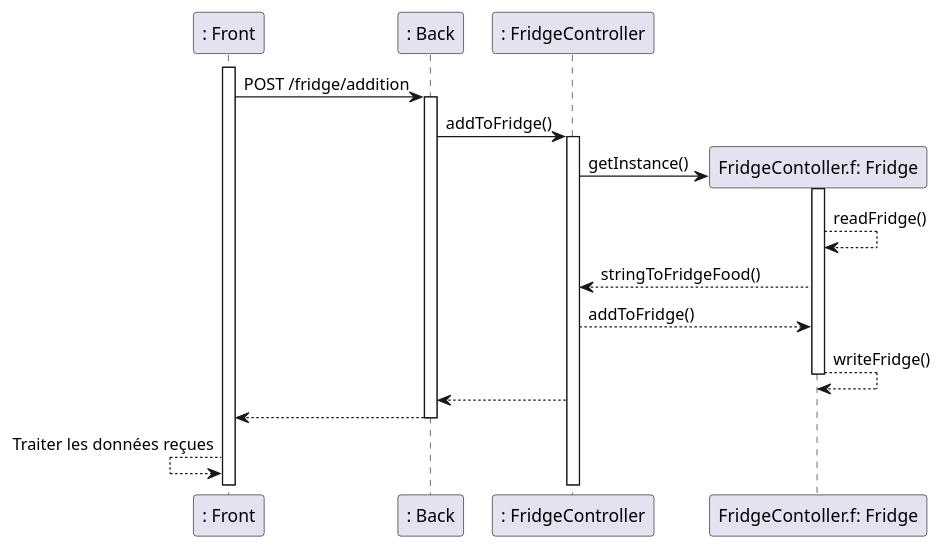
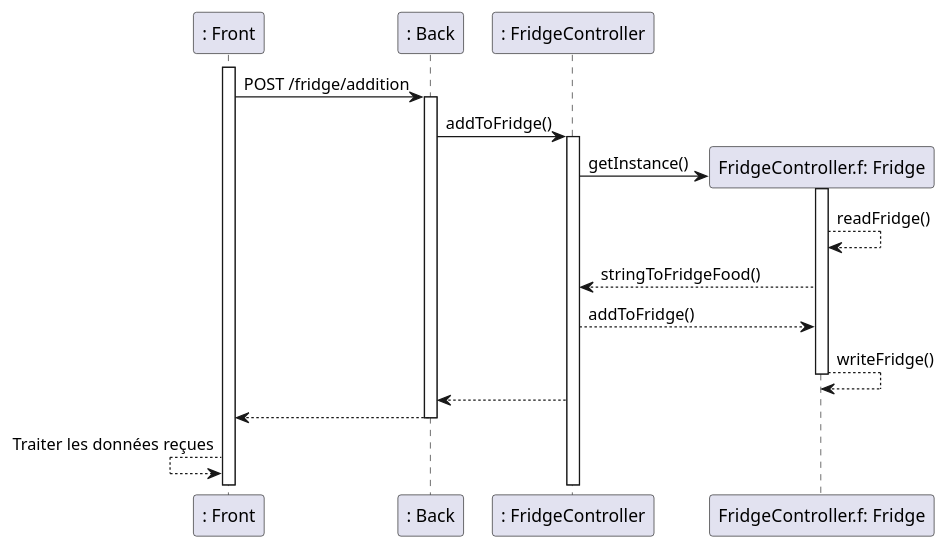
Before and after one commit to romainvacheret/wadge-backend: the diagram in docs/diagram/sequence/addToFridge.puml, drawn with PlantUML. The commit also changed 2 other files, not shown here.

```diff
--- a/docs/diagram/sequence/addToFridge.puml
+++ b/docs/diagram/sequence/addToFridge.puml
@@ -11,28 +11,28 @@
 @startuml Add to fridge_
 
 
 participant ": Front" as ft
 participant ": Back" as bk
 participant ": FridgeController" as fc
 
 
 activate ft
 ft -> bk: POST /fridge/addition
 activate bk
 bk -> fc: addToFridge()
 activate fc
-create "FridgeContoller.f: Fridge" as f
+create "FridgeController.f: Fridge" as f
 fc -> f: getInstance()
 activate f
 f --> f: readFridge()
 f --> fc: stringToFridgeFood()
 fc --> f: addToFridge()
 f --> f: writeFridge()
 deactivate f
 fc --> bk
 bk --> ft
 deactivate bk
 ft <-- ft: Traiter les données reçues
 
 
 @enduml
```
